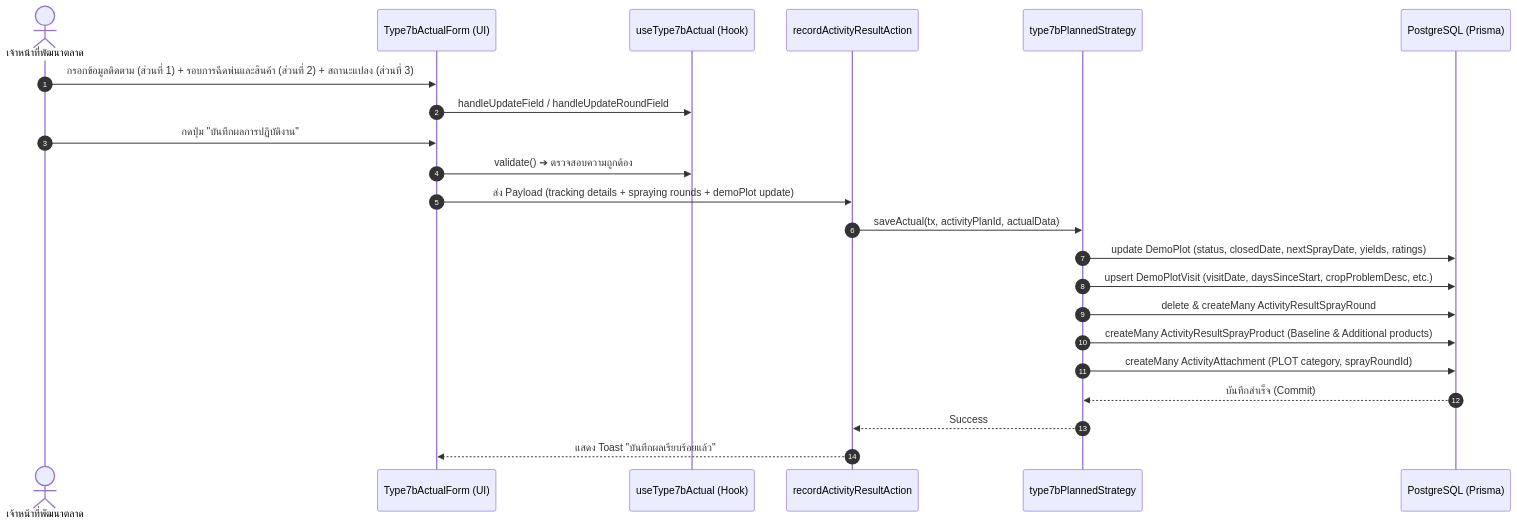
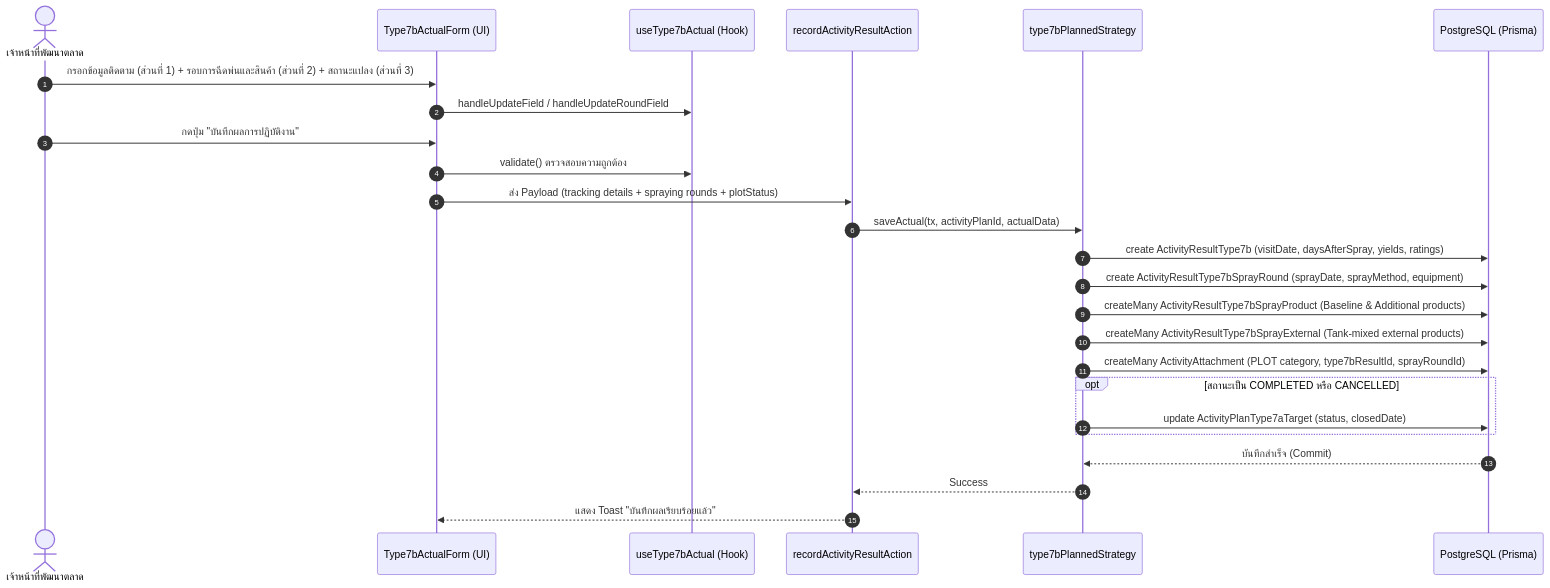
One commit to bankhk10/crm-bank changed the third of 3 diagrams in modules/activity/features/type-7b/README.md. Above: the diagram before and after it, drawn with Mermaid. The commit also changed other lines of this file and 39 other files, not shown here.

````diff
--- a/modules/activity/features/type-7b/README.md
+++ b/modules/activity/features/type-7b/README.md
@@ -252,25 +158,28 @@
 ```mermaid
 sequenceDiagram
     autonumber
     actor User as เจ้าหน้าที่พัฒนาตลาด
     participant Form as Type7bActualForm (UI)
     participant Hook as useType7bActual (Hook)
     participant Action as recordActivityResultAction
     participant Strategy as type7bPlannedStrategy
     participant DB as PostgreSQL (Prisma)
 
     User->>Form: กรอกข้อมูลติดตาม (ส่วนที่ 1) + รอบการฉีดพ่นและสินค้า (ส่วนที่ 2) + สถานะแปลง (ส่วนที่ 3)
     Form->>Hook: handleUpdateField / handleUpdateRoundField
     User->>Form: กดปุ่ม "บันทึกผลการปฏิบัติงาน"
-    Form->>Hook: validate() ➔ ตรวจสอบความถูกต้อง
-    Form->>Action: ส่ง Payload (tracking details + spraying rounds + demoPlot update)
+    Form->>Hook: validate() ตรวจสอบความถูกต้อง
+    Form->>Action: ส่ง Payload (tracking details + spraying rounds + plotStatus)
     Action->>Strategy: saveActual(tx, activityPlanId, actualData)
-    Strategy->>DB: update DemoPlot (status, closedDate, nextSprayDate, yields, ratings)
-    Strategy->>DB: upsert DemoPlotVisit (visitDate, daysSinceStart, cropProblemDesc, etc.)
-    Strategy->>DB: delete & createMany ActivityResultSprayRound
-    Strategy->>DB: createMany ActivityResultSprayProduct (Baseline & Additional products)
-    Strategy->>DB: createMany ActivityAttachment (PLOT category, sprayRoundId)
+    Strategy->>DB: create ActivityResultType7b (visitDate, daysAfterSpray, yields, ratings)
+    Strategy->>DB: create ActivityResultType7bSprayRound (sprayDate, sprayMethod, equipment)
+    Strategy->>DB: createMany ActivityResultType7bSprayProduct (Baseline & Additional products)
+    Strategy->>DB: createMany ActivityResultType7bSprayExternal (Tank-mixed external products)
+    Strategy->>DB: createMany ActivityAttachment (PLOT category, type7bResultId, sprayRoundId)
+    opt สถานะเป็น COMPLETED หรือ CANCELLED
+        Strategy->>DB: update ActivityPlanType7aTarget (status, closedDate)
+    end
     DB-->>Strategy: บันทึกสำเร็จ (Commit)
     Strategy-->>Action: Success
     Action-->>Form: แสดง Toast "บันทึกผลเรียบร้อยแล้ว"
 ```
````
